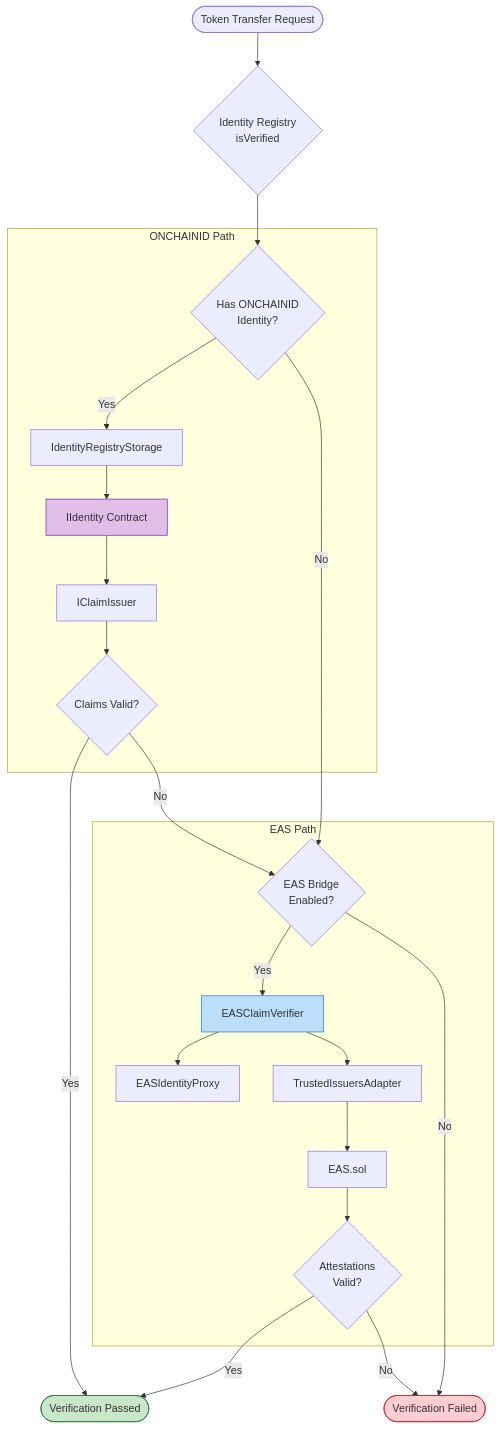
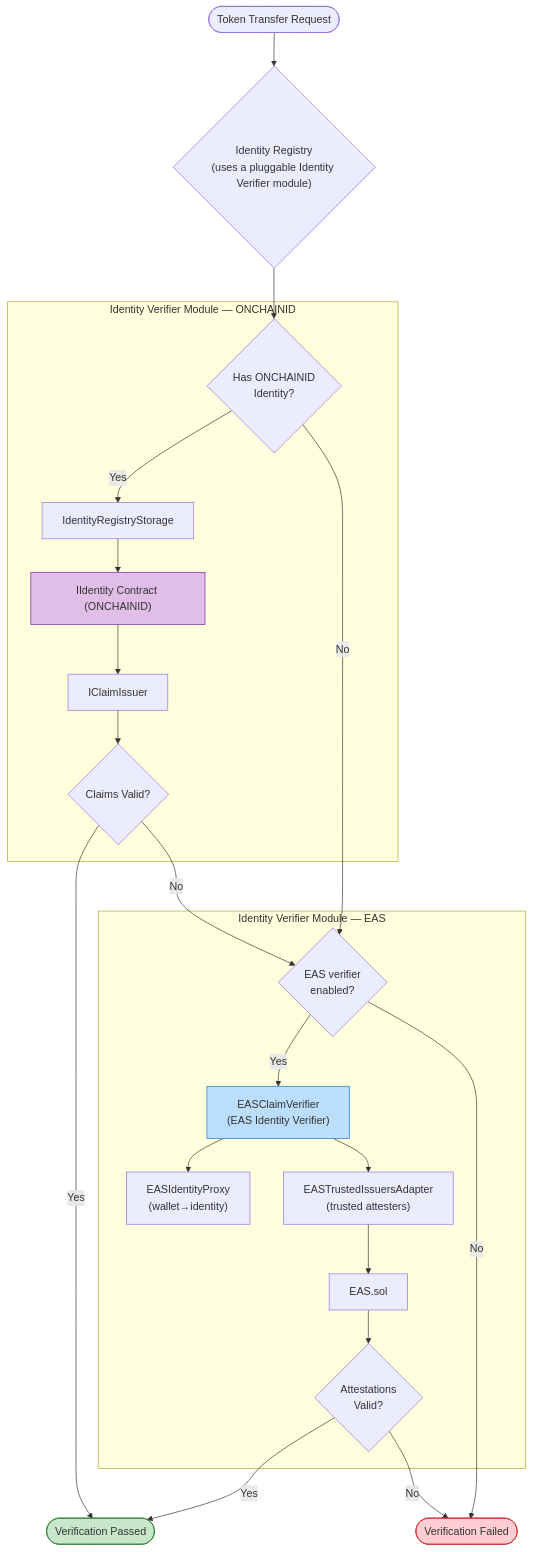
One commit to EntEthAlliance/rnd-rwa-erc3643-eas changed the diagram in diagrams/dual-mode-verification.mmd. Above: the diagram before and after it, drawn with Mermaid. The commit also changed 3 other files, not shown here.

First line of the commit message:
docs: align PRD + diagrams with OZ Identity Verifier module vocabulary

```diff
--- a/diagrams/dual-mode-verification.mmd
+++ b/diagrams/dual-mode-verification.mmd
@@ -1,50 +1,50 @@
 flowchart TD
     Start([Token Transfer Request])
-    IR{Identity Registry\nisVerified}
+    IR{"Identity Registry\n(uses a pluggable Identity Verifier module)"}
 
-    subgraph OnchainIDPath["ONCHAINID Path"]
-        OCID_Check{Has ONCHAINID\nIdentity?}
-        IRS[IdentityRegistryStorage]
-        OCID[IIdentity Contract]
-        CI[IClaimIssuer]
-        OCID_Valid{Claims Valid?}
+    subgraph OnchainIDPath["Identity Verifier Module — ONCHAINID"]
+        OCID_Check{"Has ONCHAINID\nIdentity?"}
+        IRS["IdentityRegistryStorage"]
+        OCID["IIdentity Contract (ONCHAINID)"]
+        CI["IClaimIssuer"]
+        OCID_Valid{"Claims Valid?"}
     end
 
-    subgraph EASPath["EAS Path"]
-        EAS_Enabled{EAS Bridge\nEnabled?}
-        ECV[EASClaimVerifier]
-        EIP[EASIdentityProxy]
-        TIA[TrustedIssuersAdapter]
-        EAS[EAS.sol]
-        EAS_Valid{Attestations\nValid?}
+    subgraph EASPath["Identity Verifier Module — EAS"]
+        EAS_Enabled{"EAS verifier\nenabled?"}
+        ECV["EASClaimVerifier\n(EAS Identity Verifier)"]
+        EIP["EASIdentityProxy\n(wallet→identity)"]
+        TIA["EASTrustedIssuersAdapter\n(trusted attesters)"]
+        EAS["EAS.sol"]
+        EAS_Valid{"Attestations\nValid?"}
     end
 
     Verified([Verification Passed])
     NotVerified([Verification Failed])
 
     Start --> IR
 
     IR --> OCID_Check
     OCID_Check -->|Yes| IRS
     IRS --> OCID
     OCID --> CI
     CI --> OCID_Valid
     OCID_Valid -->|Yes| Verified
     OCID_Valid -->|No| EAS_Enabled
 
     OCID_Check -->|No| EAS_Enabled
 
     EAS_Enabled -->|Yes| ECV
     ECV --> EIP
     ECV --> TIA
     TIA --> EAS
     EAS --> EAS_Valid
     EAS_Valid -->|Yes| Verified
     EAS_Valid -->|No| NotVerified
 
     EAS_Enabled -->|No| NotVerified
 
     style Verified fill:#c8e6c9,stroke:#2e7d32
     style NotVerified fill:#ffcdd2,stroke:#c62828
     style ECV fill:#bbdefb,stroke:#1976d2
     style OCID fill:#e1bee7,stroke:#7b1fa2
```
